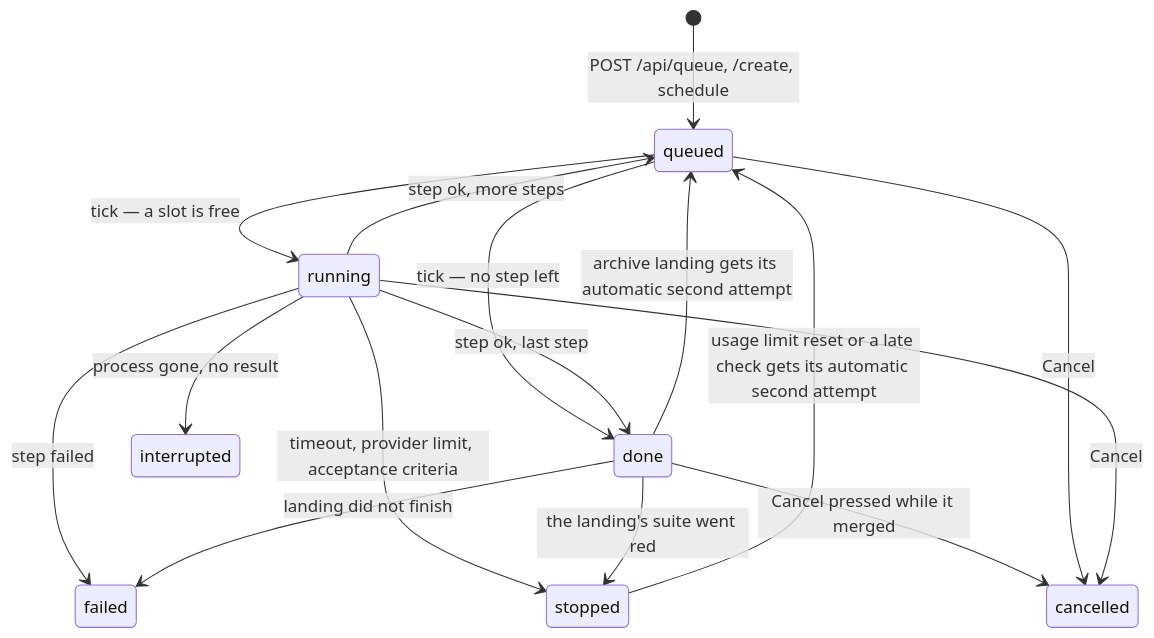
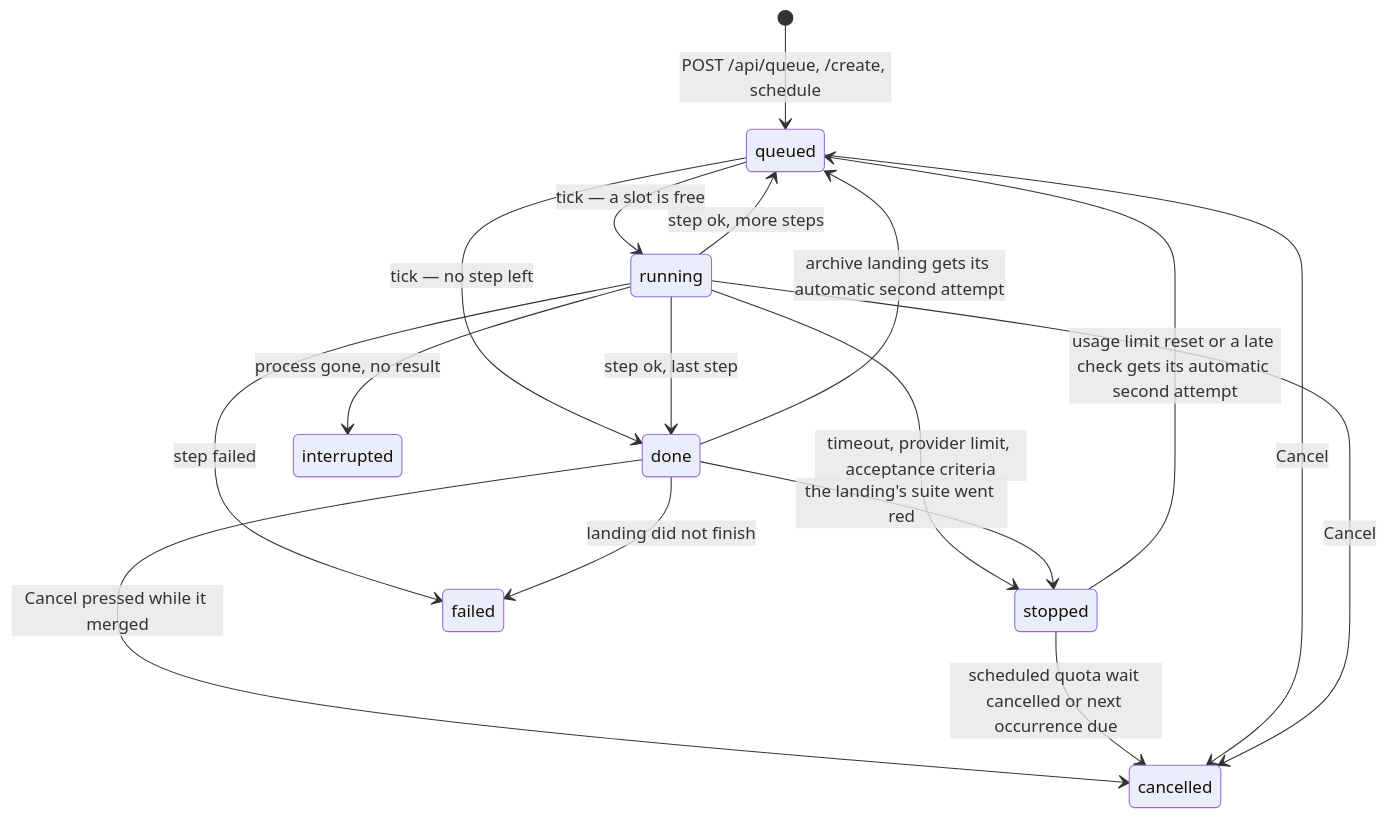
The diagram in dashboard/docs/job-states.md (ragnarwestad/aide), drawn with Mermaid before and after one commit. The commit also changed other lines of this file and 22 other files, not shown here.

````diff
--- a/dashboard/docs/job-states.md
+++ b/dashboard/docs/job-states.md
@@ -46,18 +46,19 @@
 ```mermaid
 stateDiagram-v2
     [*] --> queued: POST /api/queue, /create, schedule
     queued --> running: tick — a slot is free
     queued --> done: tick — no step left
     running --> queued: step ok, more steps
     running --> done: step ok, last step
     running --> stopped: timeout, provider limit, acceptance criteria
     running --> failed: step failed
     running --> interrupted: process gone, no result
     done --> failed: landing did not finish
     done --> stopped: the landing's suite went red
     done --> queued: archive landing gets its automatic second attempt
     done --> cancelled: Cancel pressed while it merged
+    stopped --> cancelled: scheduled quota wait cancelled or next occurrence due
     stopped --> queued: usage limit reset or a late check gets its automatic second attempt
     queued --> cancelled: Cancel
     running --> cancelled: Cancel
 ```
````
